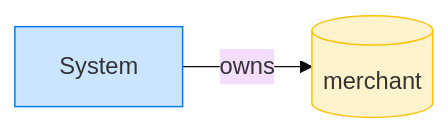
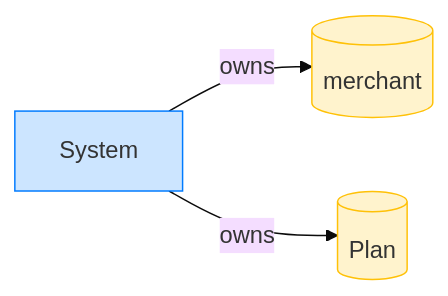
Before and after one commit to cds-rs/subscriptions: diagram 12 of 12 in dsl_tests/delete-a-sunset--expired-plan.md, drawn with Mermaid (base theme). The commit also changed other lines of this file and 224 other files, not shown here.

````diff
--- a/dsl_tests/delete-a-sunset--expired-plan.md
+++ b/dsl_tests/delete-a-sunset--expired-plan.md
@@ -190,8 +195,10 @@
 ```mermaid
 flowchart LR
     classDef owner fill:#cce5ff,stroke:#007bff;
     classDef account fill:#fff3cd,stroke:#ffc107;
     System[System]:::owner
     merchant[(merchant)]:::account
+    Plan[(Plan)]:::account
     System -->|owns| merchant
+    System -->|owns| Plan
 ```
````
